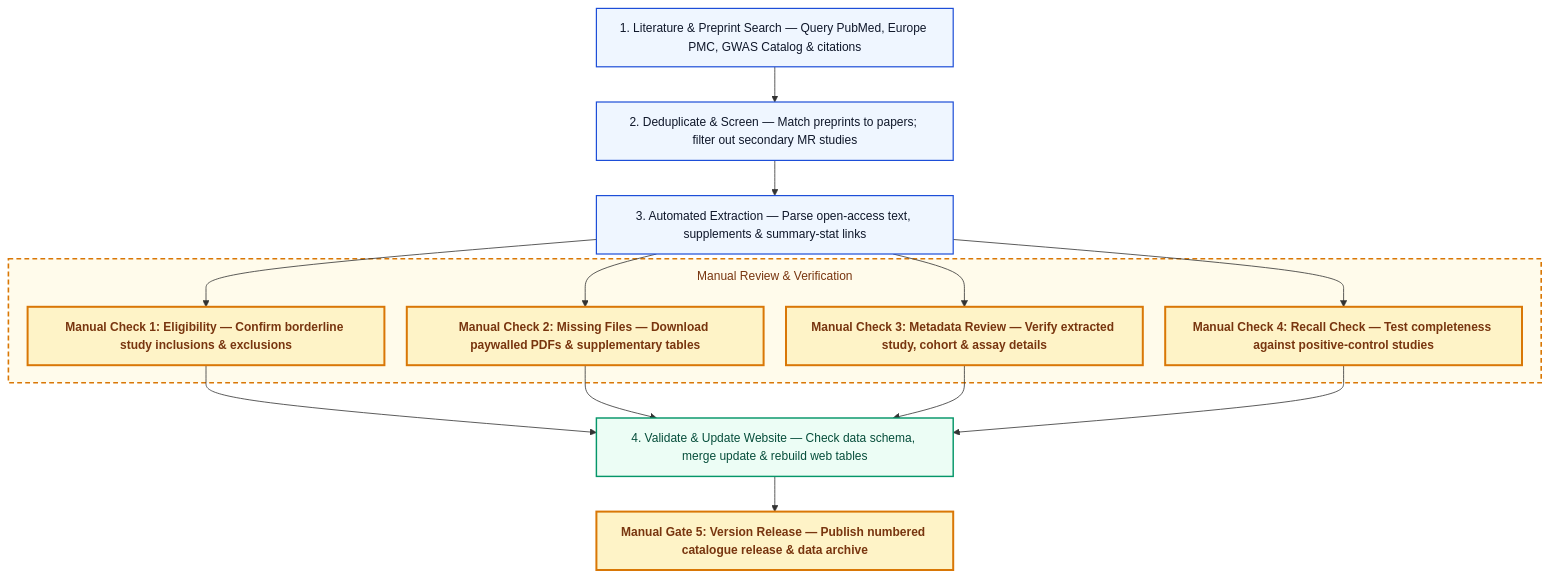
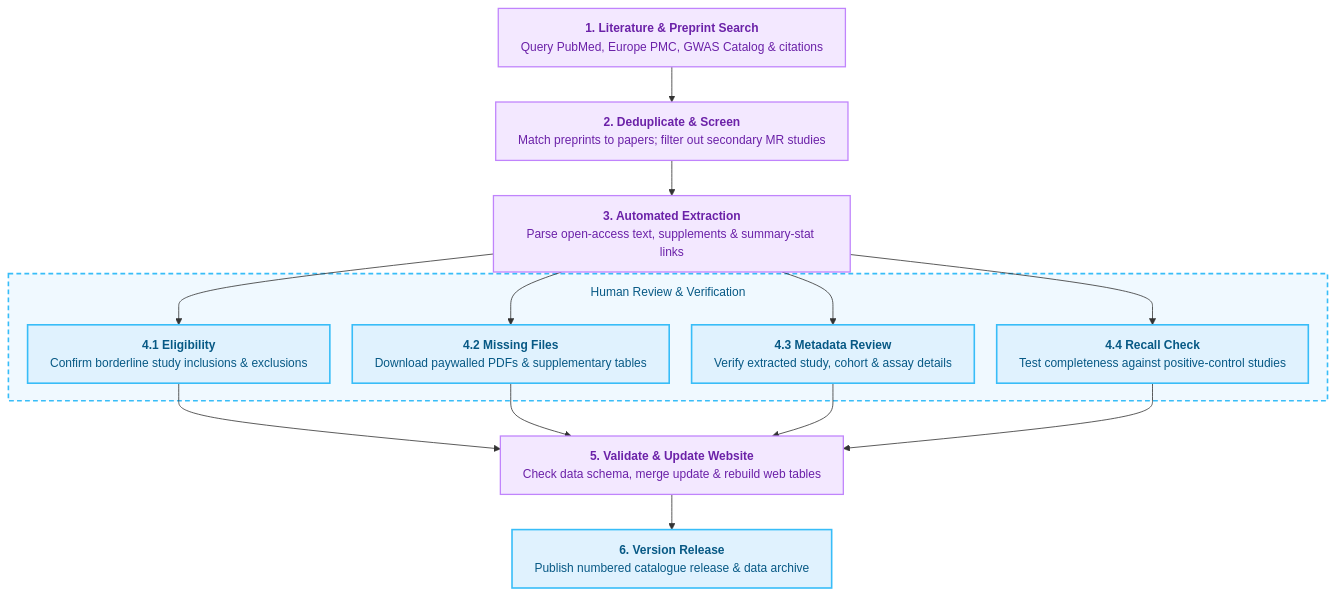
One commit to mattlee821/proteomic-gwas-catalogue changed the diagram in README.md. Above: the diagram before and after it, drawn with Mermaid. The commit also changed other lines of this file and 2 other files, not shown here.

Commit message:
Format flowchart with top-line titles, 4.1-4.4 numbering, and Catalogue CURATION colours

````diff
--- a/README.md
+++ b/README.md
@@ -22,27 +22,35 @@
 ```mermaid
-%%{init: {'themeVariables': {'fontSize': '15px'}, 'flowchart': {'wrappingWidth': 390, 'nodeSpacing': 28, 'rankSpacing': 44, 'subGraphTitleMargin': {'top': 10, 'bottom': 28}, 'padding': 14, 'curve': 'basis'}}}%%
+%%{init: {'themeVariables': {'fontSize': '15px'}, 'flowchart': {'wrappingWidth': 390, 'nodeSpacing': 28, 'rankSpacing': 44, 'subGraphTitleMargin': {'top': 12, 'bottom': 30}, 'padding': 14, 'curve': 'basis'}}}%%
 flowchart TD
-    S1["1. Literature & Preprint Search — Query PubMed, Europe PMC, GWAS Catalog & citations"]:::auto
-    S2["2. Deduplicate & Screen — Match preprints to papers; filter out secondary MR studies"]:::auto
-    S3["3. Automated Extraction — Parse open-access text, supplements & summary-stat links"]:::auto
+    S1["`**1. Literature & Preprint Search**
+Query PubMed, Europe PMC, GWAS Catalog & citations`"]:::auto
+    S2["`**2. Deduplicate & Screen**
+Match preprints to papers; filter out secondary MR studies`"]:::auto
+    S3["`**3. Automated Extraction**
+Parse open-access text, supplements & summary-stat links`"]:::auto
 
-    subgraph MANUAL["Manual Review & Verification"]
-        M1["Manual Check 1: Eligibility — Confirm borderline study inclusions & exclusions"]:::manual
-        M2["Manual Check 2: Missing Files — Download paywalled PDFs & supplementary tables"]:::manual
-        M3["Manual Check 3: Metadata Review — Verify extracted study, cohort & assay details"]:::manual
-        M4["Manual Check 4: Recall Check — Test completeness against positive-control studies"]:::manual
+    subgraph MANUAL["Human Review & Verification"]
+        M1["`**4.1 Eligibility**
+Confirm borderline study inclusions & exclusions`"]:::manual
+        M2["`**4.2 Missing Files**
+Download paywalled PDFs & supplementary tables`"]:::manual
+        M3["`**4.3 Metadata Review**
+Verify extracted study, cohort & assay details`"]:::manual
+        M4["`**4.4 Recall Check**
+Test completeness against positive-control studies`"]:::manual
     end
 
-    S4["4. Validate & Update Website — Check data schema, merge update & rebuild web tables"]:::store
-    M5["Manual Gate 5: Version Release — Publish numbered catalogue release & data archive"]:::manual
+    S4["`**5. Validate & Update Website**
+Check data schema, merge update & rebuild web tables`"]:::auto
+    M5["`**6. Version Release**
+Publish numbered catalogue release & data archive`"]:::manual
 
     S1 --> S2 --> S3
     S3 --> M1 & M2 & M3 & M4
     M1 & M2 & M3 & M4 --> S4
     S4 --> M5
 
-    classDef auto fill:#eff6ff,stroke:#1d4ed8,stroke-width:1.5px,color:#0f172a
-    classDef manual fill:#fef3c7,stroke:#d97706,stroke-width:2.5px,color:#78350f,font-weight:bold
-    classDef store fill:#ecfdf5,stroke:#059669,stroke-width:1.8px,color:#064e3b
-    style MANUAL fill:#fffbeb,stroke:#d97706,stroke-width:2px,stroke-dasharray: 6 4,color:#78350f
+    classDef auto fill:#f3e8ff,stroke:#c084fc,stroke-width:1.6px,color:#6b21a8
+    classDef manual fill:#e0f2fe,stroke:#38bdf8,stroke-width:2px,color:#075985
+    style MANUAL fill:#f0f9ff,stroke:#38bdf8,stroke-width:2px,stroke-dasharray: 6 4,color:#075985
 ```
````
